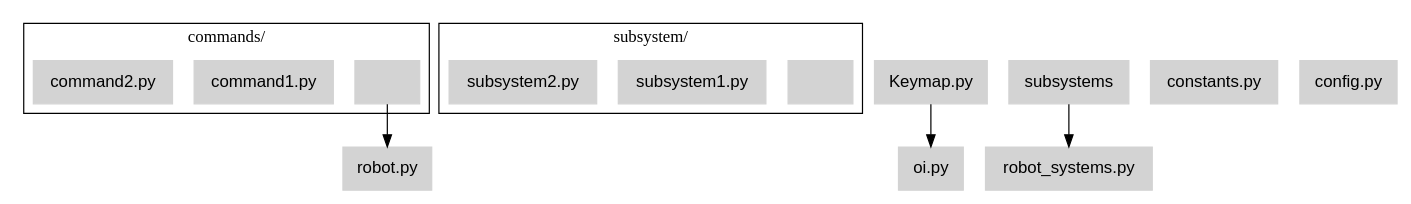
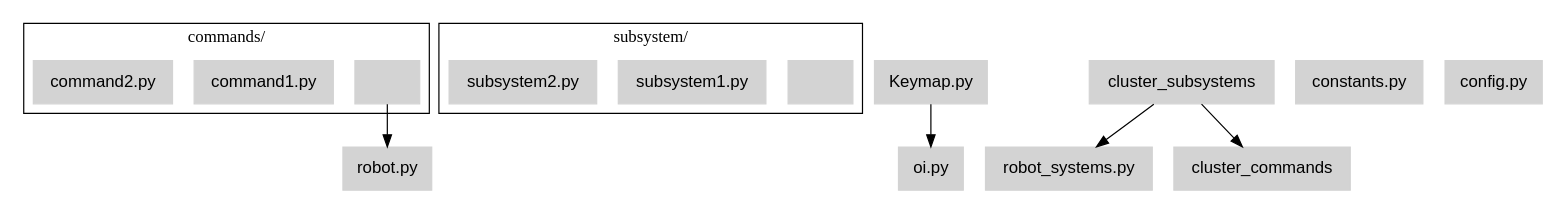
The diagram in docs/code/file_structure.rst (Choate-Robotics/Programming-SOPs), drawn with Graphviz before and after one commit.

```diff
--- a/docs/code/file_structure.rst
+++ b/docs/code/file_structure.rst
@@ -9,43 +9,44 @@
 .. graphviz::
 
 
     digraph file_structure {
 
         node [shape=box, style=filled, color=lightgrey, fontname=helvetica]
 
 
             // Clusters for folders
         subgraph cluster_commands {
             label="commands/"
             commands [label=""]
             command1_py [label="command1.py"]
             command2_py [label="command2.py"]
             // Add more example files in the commands folder, if needed
         }
 
-        subgraph cluster_subsystem {
+        subgraph cluster_subsystems {
             label="subsystem/"
-            subsystem [label=""]
+            subsystems [label=""]
             subsystem1_py [label="subsystem1.py"]
             subsystem2_py [label="subsystem2.py"]
             // Add more example files in the subsystem folder, if needed
         }
 
         subgraph oi {
             oi_py [label="oi.py"]
             Keymap_py [label="Keymap.py"]
             Keymap_py -> oi_py
         }
 
 
 
         robot_py [label="robot.py"]
         robot_systems_py [label="robot_systems.py"]
         constants_py [label="constants.py"]
         config_py [label="config.py"]
 
-        subsystems -> robot_systems_py
+        cluster_subsystems -> robot_systems_py
+        cluster_subsystems -> cluster_commands
         commands -> robot_py
 
         
     }
```
